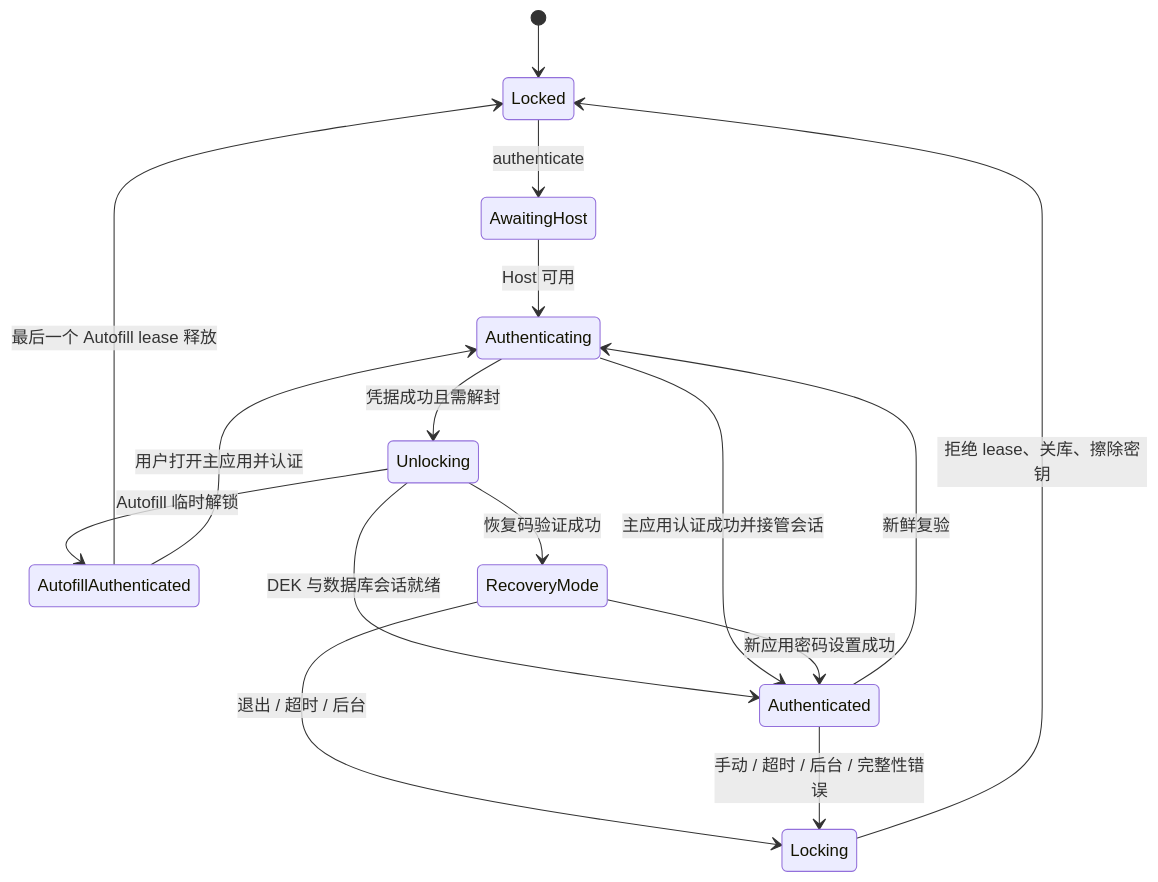
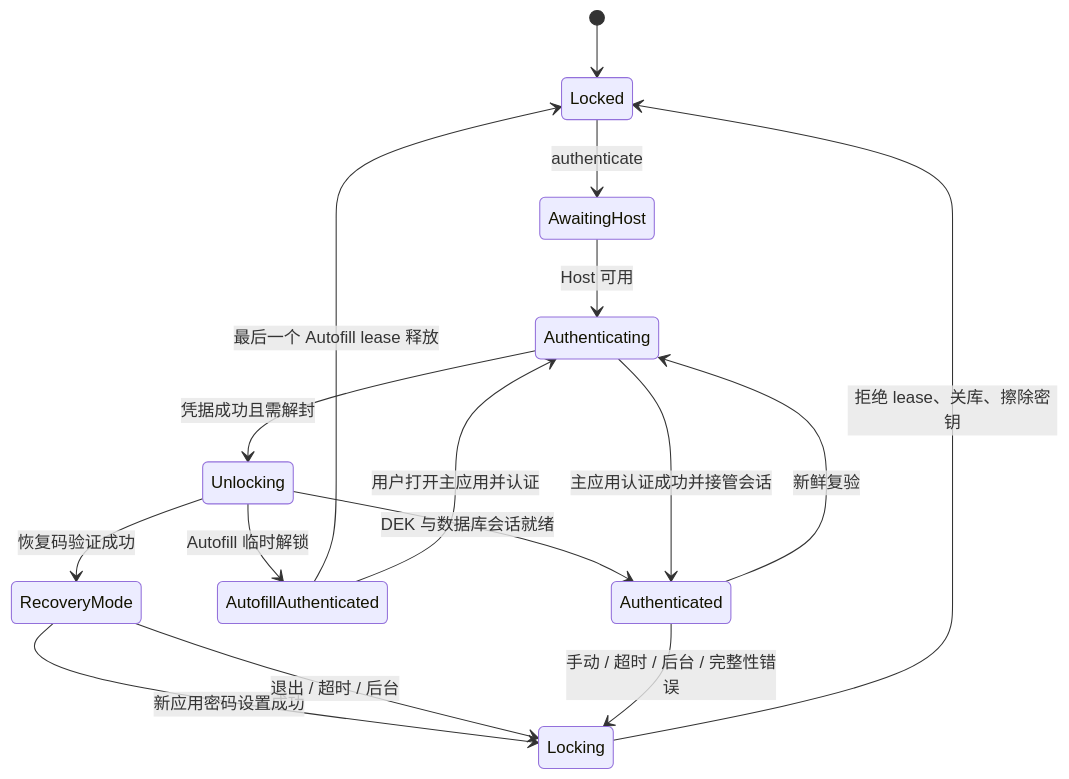
Before and after one commit to aozijx/Passly: the first of 2 diagrams in docs/security/authentication.md, drawn with Mermaid. The commit also changed other lines of this file and 62 other files, not shown here.

````diff
--- a/docs/security/authentication.md
+++ b/docs/security/authentication.md
@@ -12,18 +12,18 @@
 ```mermaid
 stateDiagram-v2
     [*] --> Locked
     Locked --> AwaitingHost: authenticate
     AwaitingHost --> Authenticating: Host 可用
     Authenticating --> Unlocking: 凭据成功且需解封
     Unlocking --> Authenticated: DEK 与数据库会话就绪
     Unlocking --> AutofillAuthenticated: Autofill 临时解锁
     AutofillAuthenticated --> Locked: 最后一个 Autofill lease 释放
     AutofillAuthenticated --> Authenticating: 用户打开主应用并认证
     Authenticating --> Authenticated: 主应用认证成功并接管会话
     Unlocking --> RecoveryMode: 恢复码验证成功
-    RecoveryMode --> Authenticated: 新应用密码设置成功
+    RecoveryMode --> Locking: 新应用密码设置成功
     RecoveryMode --> Locking: 退出 / 超时 / 后台
     Authenticated --> Authenticating: 新鲜复验
     Authenticated --> Locking: 手动 / 超时 / 后台 / 完整性错误
     Locking --> Locked: 拒绝 lease、关库、擦除密钥
 ```
````
